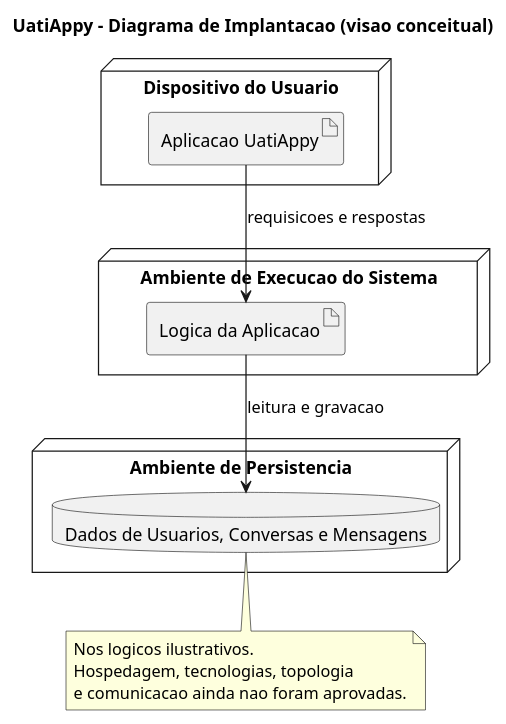
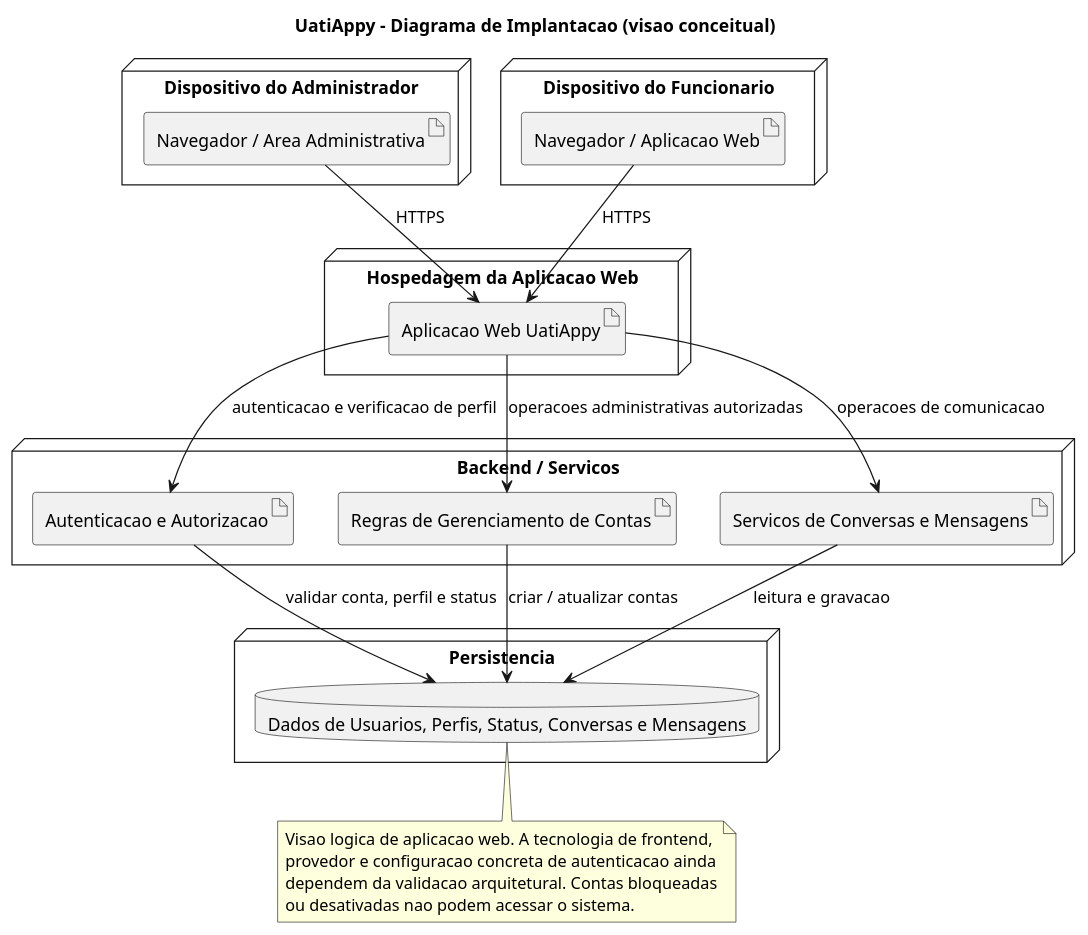
The fifth of 10 diagrams in Docs/requisitos/escopo-mvp.md (daviwanziler/uatiappy-vdois), drawn with PlantUML before and after one commit. The commit also changed other lines of this file, not shown here.

Commit message:
docs: atualizar requisitos de acesso administrativo

````diff
--- a/Docs/requisitos/escopo-mvp.md
+++ b/Docs/requisitos/escopo-mvp.md
@@ -333,26 +393,39 @@
 ```plantuml
 @startuml
 title UatiAppy - Diagrama de Implantacao (visao conceitual)
 
-node "Dispositivo do Usuario" as DEVICE {
-  artifact "Aplicacao UatiAppy" as APP
+node "Dispositivo do Administrador" as ADMINDEVICE {
+  artifact "Navegador / Area Administrativa" as ADMINBROWSER
+}
+node "Dispositivo do Funcionario" as USERDEVICE {
+  artifact "Navegador / Aplicacao Web" as USERBROWSER
+}
+node "Hospedagem da Aplicacao Web" as WEBHOST {
+  artifact "Aplicacao Web UatiAppy" as WEBAPP
+}
+node "Backend / Servicos" as BACKEND {
+  artifact "Autenticacao e Autorizacao" as AUTH
+  artifact "Regras de Gerenciamento de Contas" as ACCOUNT
+  artifact "Servicos de Conversas e Mensagens" as CHAT
+}
+node "Persistencia" as STORAGE {
+  database "Dados de Usuarios, Perfis, Status, Conversas e Mensagens" as DB
 }
 
-node "Ambiente de Execucao do Sistema" as SERVER {
-  artifact "Logica da Aplicacao" as LOGIC
-}
-
-node "Ambiente de Persistencia" as STORAGE {
-  database "Dados de Usuarios, Conversas e Mensagens" as DB
-}
-
-APP --> LOGIC : requisicoes e respostas
-LOGIC --> DB : leitura e gravacao
+ADMINBROWSER --> WEBAPP : HTTPS
+USERBROWSER --> WEBAPP : HTTPS
+WEBAPP --> AUTH : autenticacao e verificacao de perfil
+WEBAPP --> ACCOUNT : operacoes administrativas autorizadas
+WEBAPP --> CHAT : operacoes de comunicacao
+AUTH --> DB : validar conta, perfil e status
+ACCOUNT --> DB : criar / atualizar contas
+CHAT --> DB : leitura e gravacao
 
 note bottom
-  Nos logicos ilustrativos.
-  Hospedagem, tecnologias, topologia
-  e comunicacao ainda nao foram aprovadas.
+  Visao logica de aplicacao web. A tecnologia de frontend,
+  provedor e configuracao concreta de autenticacao ainda
+  dependem da validacao arquitetural. Contas bloqueadas
+  ou desativadas nao podem acessar o sistema.
 end note
 @enduml
 ```
````
